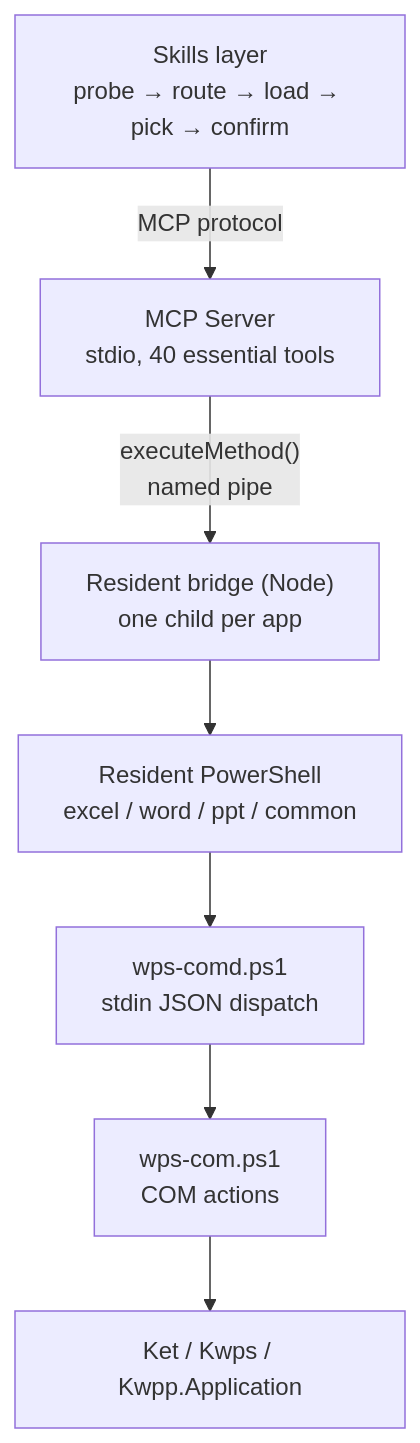
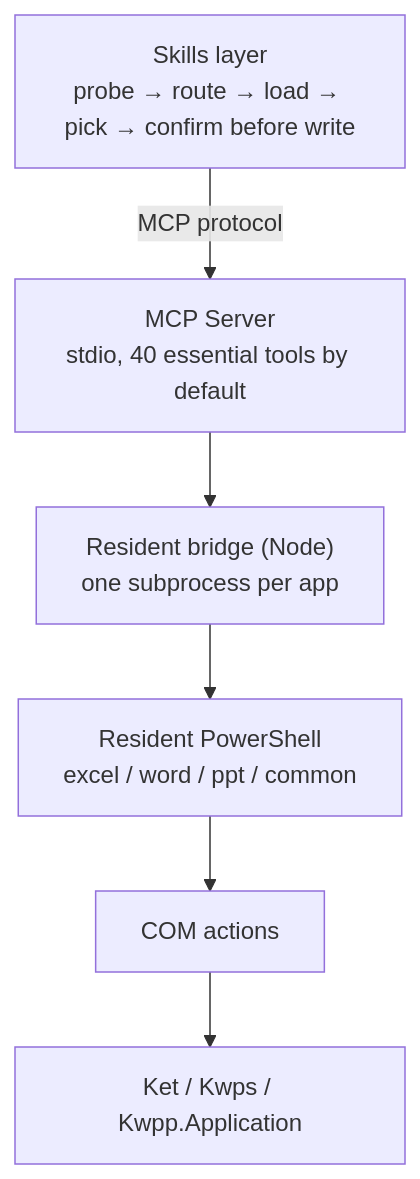
The diagram in README.en.md (forkgo430/wps-multitool-mcp), drawn with Mermaid before and after one commit. The commit also changed other lines of this file and 10 other files, not shown here.

````diff
--- a/README.en.md
+++ b/README.en.md
@@ -97,17 +157,12 @@
 ```mermaid
 flowchart TB
-    S["Skills layer<br/>probe → route → load → pick → confirm"]
-    M["MCP Server<br/>stdio, 40 essential tools"]
-    B["Resident bridge (Node)<br/>one child per app"]
+    S["Skills layer<br/>probe → route → load → pick → confirm before write"]
+    M["MCP Server<br/>stdio, 40 essential tools by default"]
+    B["Resident bridge (Node)<br/>one subprocess per app"]
     P["Resident PowerShell<br/>excel / word / ppt / common"]
-    A["wps-comd.ps1<br/>stdin JSON dispatch"]
-    C["wps-com.ps1<br/>COM actions"]
+    C["COM actions"]
     W["Ket / Kwps / Kwpp.Application"]
 
     S -->|MCP protocol| M
-    M -->|"executeMethod()<br/>named pipe"| B
-    B --> P
-    P --> A
-    A --> C
-    C --> W
+    M --> B --> P --> C --> W
 ```
````
